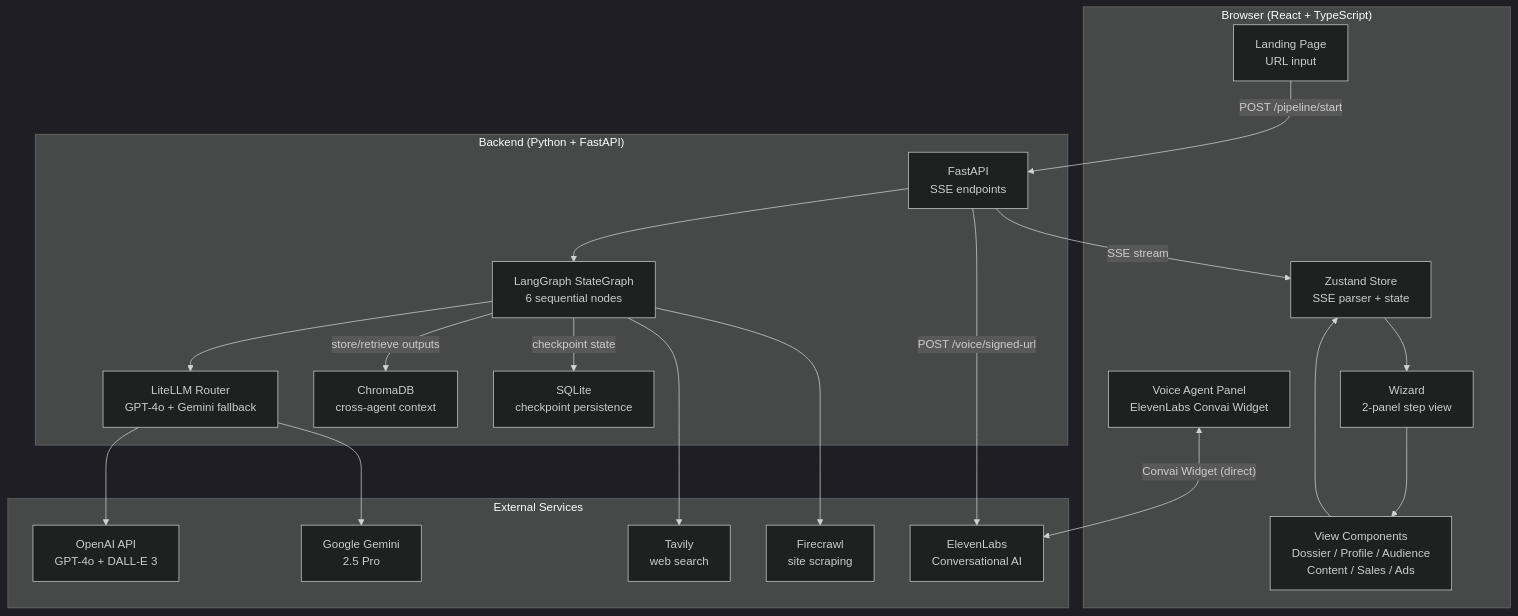
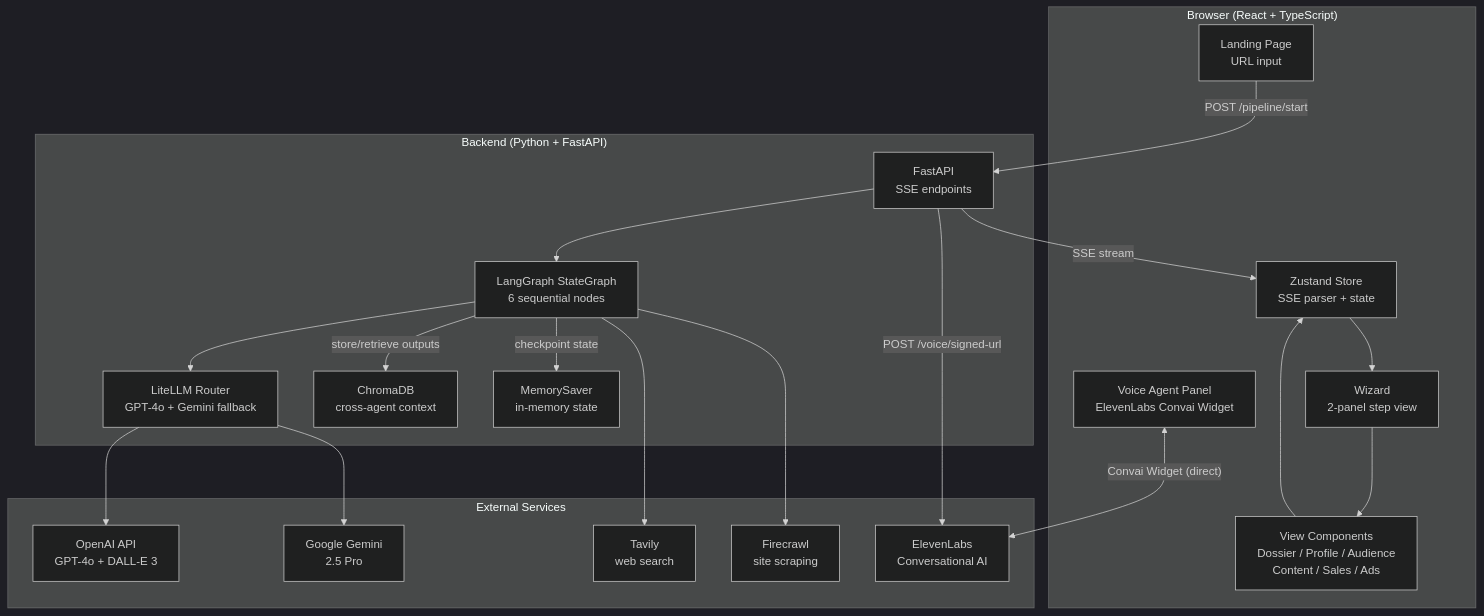
One commit to abhirammv2000/blitz changed the first of 3 diagrams in README.md. Above: the diagram before and after it, drawn with Mermaid (dark theme). The commit also changed other lines of this file and 4 other files, not shown here.

````diff
--- a/README.md
+++ b/README.md
@@ -32,43 +30,43 @@
 ```mermaid
 flowchart TB
     subgraph Browser["Browser (React + TypeScript)"]
         Landing["Landing Page<br/>URL input"]
         Wizard["Wizard<br/>2-panel step view"]
         Store["Zustand Store<br/>SSE parser + state"]
         Views["View Components<br/>Dossier / Profile / Audience<br/>Content / Sales / Ads"]
         Voice["Voice Agent Panel<br/>ElevenLabs Convai Widget"]
     end
 
     subgraph Server["Backend (Python + FastAPI)"]
         API["FastAPI<br/>SSE endpoints"]
         Graph["LangGraph StateGraph<br/>6 sequential nodes"]
         LLM["LiteLLM Router<br/>GPT-4o + Gemini fallback"]
         DB["ChromaDB<br/>cross-agent context"]
-        SQLite["SQLite<br/>checkpoint persistence"]
+        Memory["MemorySaver<br/>in-memory state"]
     end
 
     subgraph External["External Services"]
         OpenAI["OpenAI API<br/>GPT-4o + DALL-E 3"]
         Gemini["Google Gemini<br/>2.5 Pro"]
         Tavily["Tavily<br/>web search"]
         Firecrawl["Firecrawl<br/>site scraping"]
         ElevenLabs["ElevenLabs<br/>Conversational AI"]
     end
 
     Landing -->|"POST /pipeline/start"| API
     API -->|"SSE stream"| Store
     Store --> Wizard
     Wizard --> Views
     Views --> Store
     Voice <-->|"Convai Widget (direct)"| ElevenLabs
 
     API --> Graph
     Graph --> LLM
     Graph -->|"store/retrieve outputs"| DB
-    Graph -->|"checkpoint state"| SQLite
+    Graph -->|"checkpoint state"| Memory
     LLM --> OpenAI
     LLM --> Gemini
     Graph --> Tavily
     Graph --> Firecrawl
     API -->|"POST /voice/signed-url"| ElevenLabs
 ```
````
